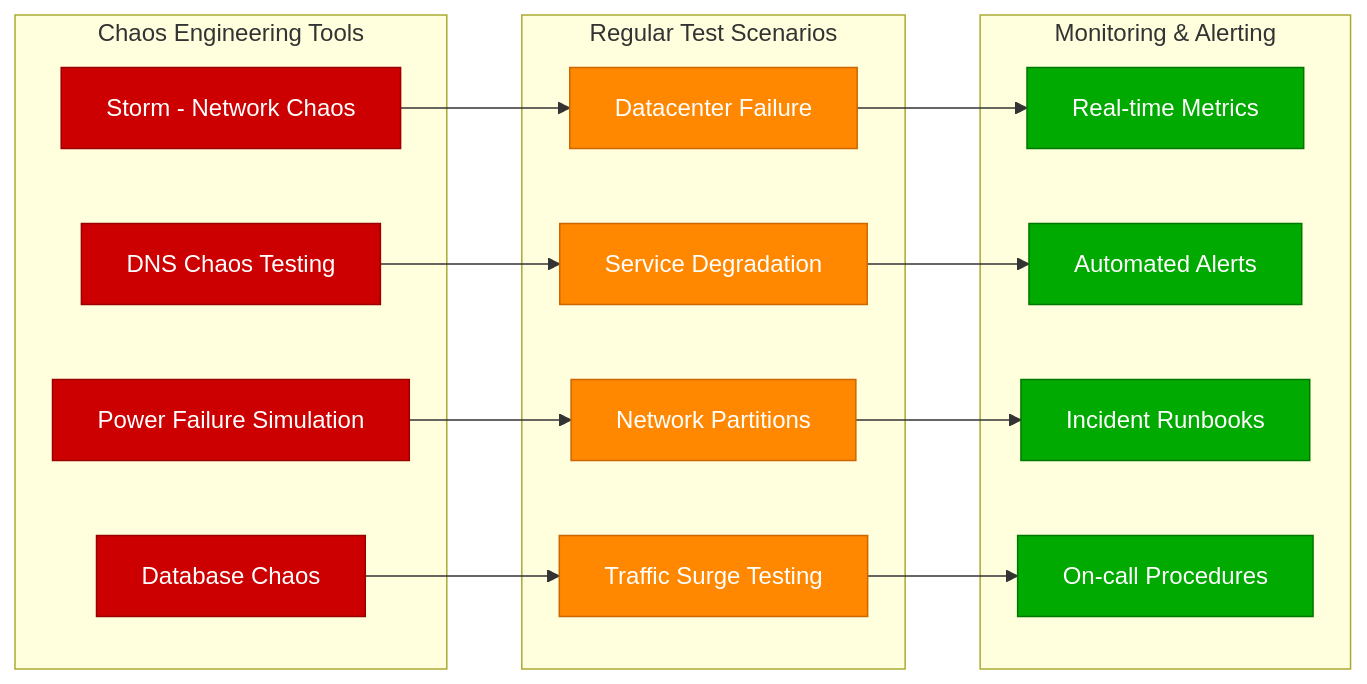
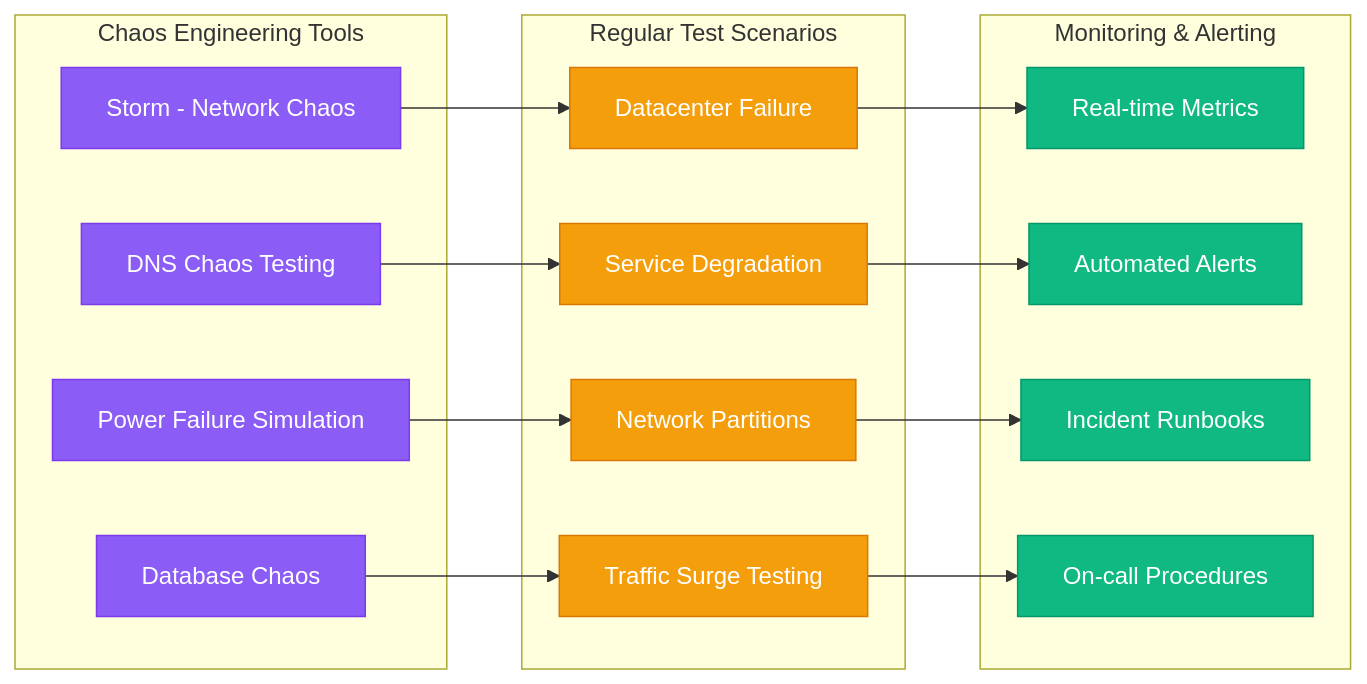
One commit to deepaucksharma/DS changed the ninth of 9 diagrams in site/docs/systems/meta/failure-domains.md. Above: the diagram before and after it, drawn with Mermaid. The commit also changed other lines of this file and 303 other files, not shown here.

````diff
--- a/site/docs/systems/meta/failure-domains.md
+++ b/site/docs/systems/meta/failure-domains.md
@@ -461,41 +461,41 @@
 ```mermaid
 graph LR
     subgraph ChaosTools[Chaos Engineering Tools]
         STORM[Storm - Network Chaos]
         DNSCHAOS[DNS Chaos Testing]
         POWERCHAOS[Power Failure Simulation]
         DBCHAOS[Database Chaos]
     end
 
     subgraph TestScenarios[Regular Test Scenarios]
         DATACENTER_FAIL[Datacenter Failure]
         SERVICE_DEGRADE[Service Degradation]
         NETWORK_PARTITION[Network Partitions]
         CAPACITY_SURGE[Traffic Surge Testing]
     end
 
     subgraph Monitoring[Monitoring & Alerting]
         METRICS[Real-time Metrics]
         ALERTS[Automated Alerts]
         RUNBOOKS[Incident Runbooks]
         ONCALL[On-call Procedures]
     end
 
     STORM --> DATACENTER_FAIL
     DNSCHAOS --> SERVICE_DEGRADE
     POWERCHAOS --> NETWORK_PARTITION
     DBCHAOS --> CAPACITY_SURGE
 
     DATACENTER_FAIL --> METRICS
     SERVICE_DEGRADE --> ALERTS
     NETWORK_PARTITION --> RUNBOOKS
     CAPACITY_SURGE --> ONCALL
 
-    classDef chaosStyle fill:#CC0000,stroke:#990000,color:#fff
-    classDef testStyle fill:#FF8800,stroke:#CC6600,color:#fff
-    classDef monitorStyle fill:#00AA00,stroke:#007700,color:#fff
+    classDef chaosStyle fill:#8B5CF6,stroke:#7C3AED,color:#fff
+    classDef testStyle fill:#F59E0B,stroke:#D97706,color:#fff
+    classDef monitorStyle fill:#10B981,stroke:#059669,color:#fff
 
     class STORM,DNSCHAOS,POWERCHAOS,DBCHAOS chaosStyle
     class DATACENTER_FAIL,SERVICE_DEGRADE,NETWORK_PARTITION,CAPACITY_SURGE testStyle
     class METRICS,ALERTS,RUNBOOKS,ONCALL monitorStyle
 ```
````
